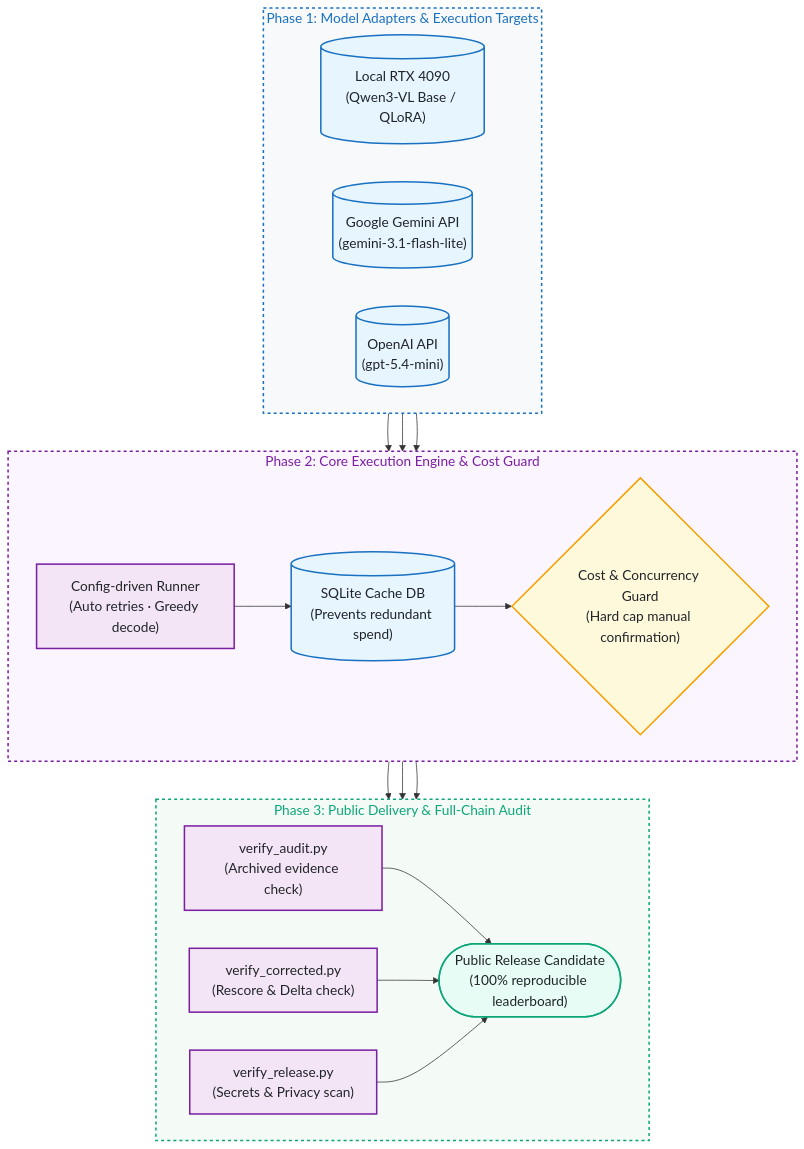
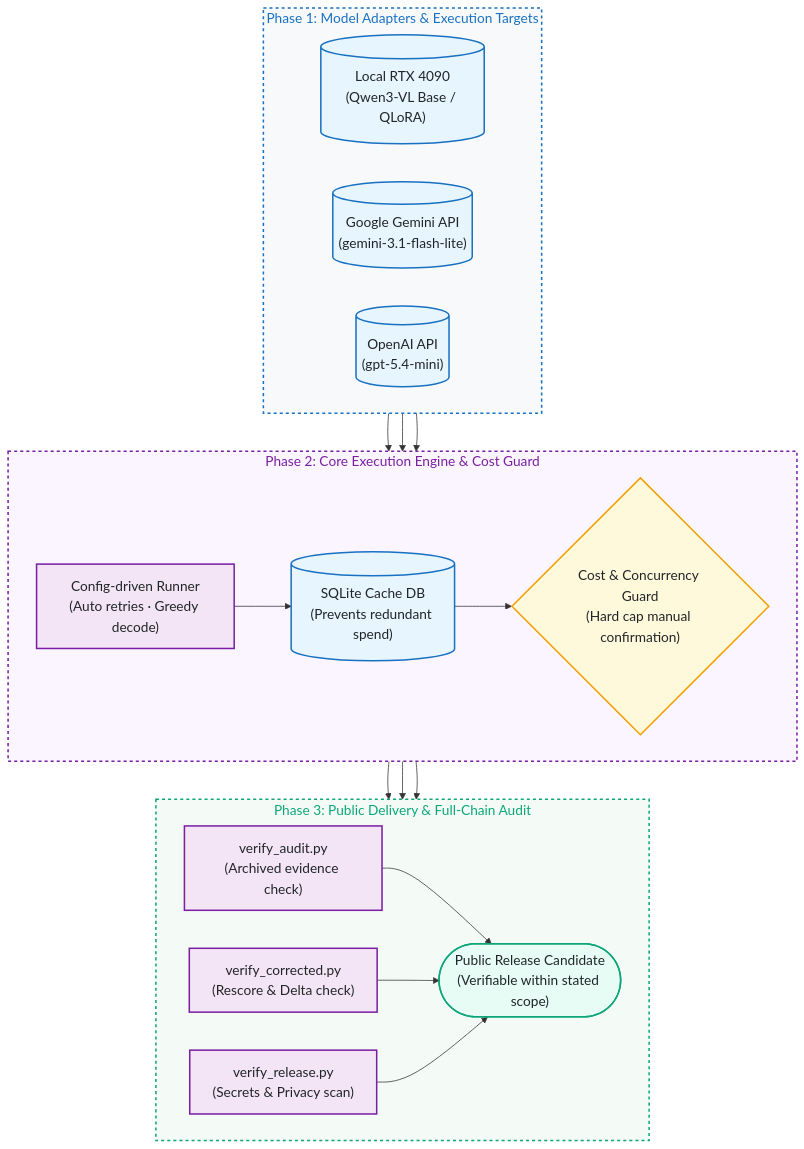
Before and after one commit to kuotunyu/vlm-eval-bench: the second of 2 diagrams in README.en.md, drawn with Mermaid. The commit also changed other lines of this file and 1 other file, not shown here.

Commit message:
docs: calibrate README claims and restore evidence-boundary caveats

````diff
--- a/README.en.md
+++ b/README.en.md
@@ -55,37 +55,37 @@
 ```mermaid
 %%{init: {'themeVariables': {'fontSize': '18px'}}}%%
 flowchart TD
     subgraph AdapterStage ["Phase 1: Model Adapters & Execution Targets"]
         direction LR
         M1[("Local RTX 4090<br/>(Qwen3-VL Base / QLoRA)")]
         M2[("Google Gemini API<br/>(gemini-3.1-flash-lite)")]
         M3[("OpenAI API<br/>(gpt-5.4-mini)")]
     end
 
     subgraph CoreStage ["Phase 2: Core Execution Engine & Cost Guard"]
         direction LR
         Runner["Config-driven Runner<br/>(Auto retries · Greedy decode)"] --> CacheDB[("SQLite Cache DB<br/>(Prevents redundant spend)")] --> CostGuard{"Cost & Concurrency Guard<br/>(Hard cap manual confirmation)"}
     end
 
     subgraph PublicStage ["Phase 3: Public Delivery & Full-Chain Audit"]
         direction LR
-        V1["verify_audit.py<br/>(Archived evidence check)"] & V2["verify_corrected.py<br/>(Rescore & Delta check)"] & V3["verify_release.py<br/>(Secrets & Privacy scan)"] --> Release(["Public Release Candidate<br/>(100% reproducible leaderboard)"])
+        V1["verify_audit.py<br/>(Archived evidence check)"] & V2["verify_corrected.py<br/>(Rescore & Delta check)"] & V3["verify_release.py<br/>(Secrets & Privacy scan)"] --> Release(["Public Release Candidate<br/>(Verifiable within stated scope)"])
     end
 
     M1 & M2 & M3 --> Runner
     CostGuard --> V1 & V2 & V3
 
     classDef srcStyle fill:#e7f5ff,stroke:#1971c2,stroke-width:2px,color:#212529
     classDef procStyle fill:#f3e5f5,stroke:#7b1fa2,stroke-width:2px,color:#212529
     classDef condStyle fill:#fff9db,stroke:#f59f00,stroke-width:2px,color:#212529
     classDef safeStyle fill:#e6fcf5,stroke:#0ca678,stroke-width:2px,color:#212529
 
     class M1,M2,M3,CacheDB srcStyle
     class Runner,V1,V2,V3 procStyle
     class CostGuard condStyle
     class Release safeStyle
 
     style AdapterStage fill:#f8f9fa,stroke:#1971c2,stroke-width:2px,color:#1971c2,stroke-dasharray: 4 4
     style CoreStage fill:#faf5ff,stroke:#7b1fa2,stroke-width:2px,color:#7b1fa2,stroke-dasharray: 4 4
     style PublicStage fill:#f4fbf7,stroke:#0ca678,stroke-width:2px,color:#0ca678,stroke-dasharray: 4 4
 ```
````
